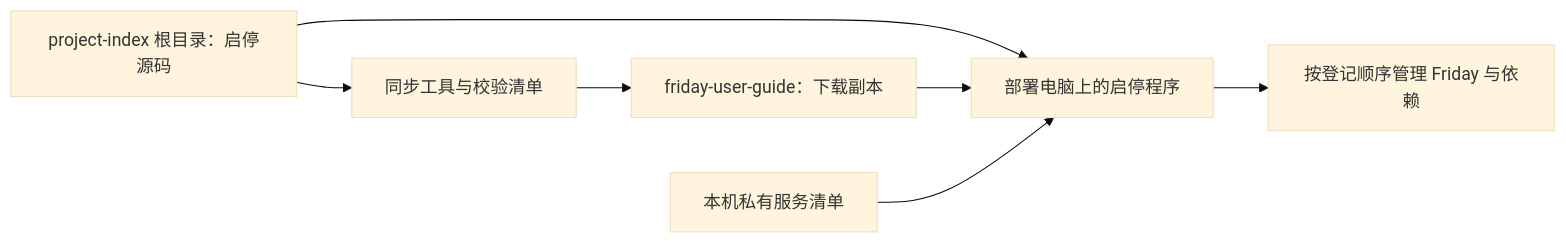
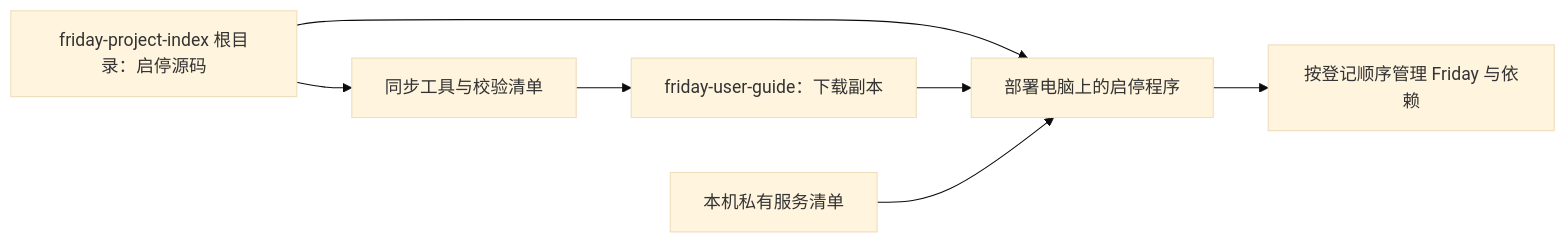
The second of 3 diagrams in docs/architecture.md (lijunfeng722/friday-project-index), drawn with Mermaid (base theme) before and after one commit. The commit also changed 11 other files, not shown here.

First line of the commit message:
文档：统一 friday-project-index 名称与开发规范引用 (#6)

````diff
--- a/docs/architecture.md
+++ b/docs/architecture.md
@@ -43,9 +43,9 @@
 ```mermaid
 flowchart LR
-  Source[project-index 根目录：启停源码] --> Sync[同步工具与校验清单]
+  Source[friday-project-index 根目录：启停源码] --> Sync[同步工具与校验清单]
   Sync --> Download[friday-user-guide：下载副本]
   Source --> Local[部署电脑上的启停程序]
   Download --> Local
   Private[本机私有服务清单] --> Local
   Local --> Services[按登记顺序管理 Friday 与依赖]
 ```
````
